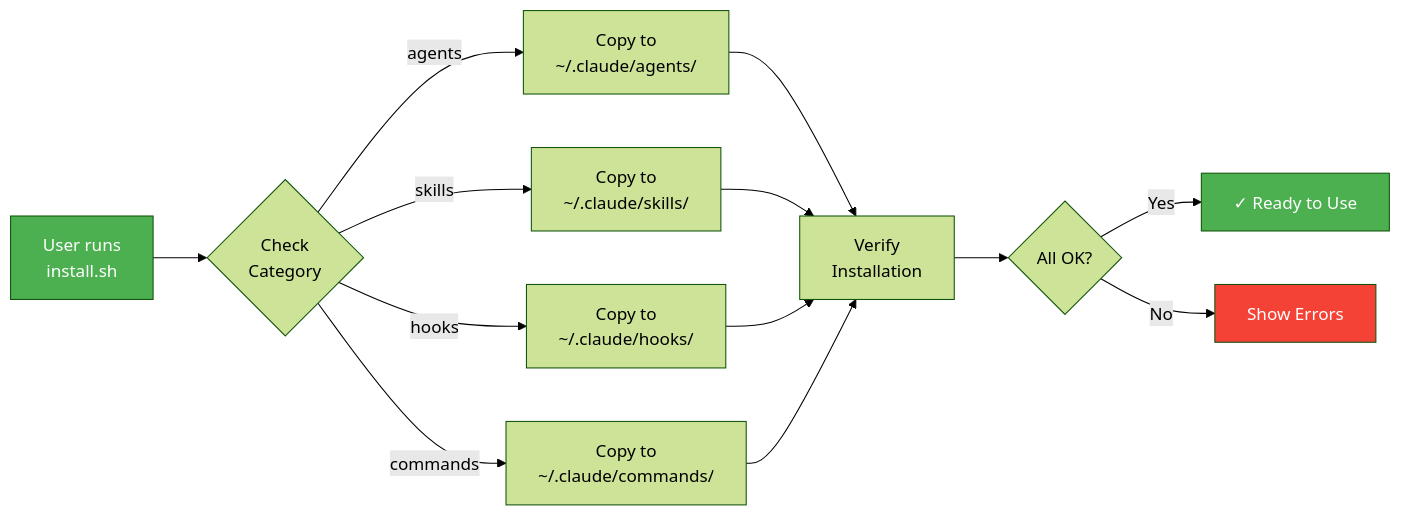
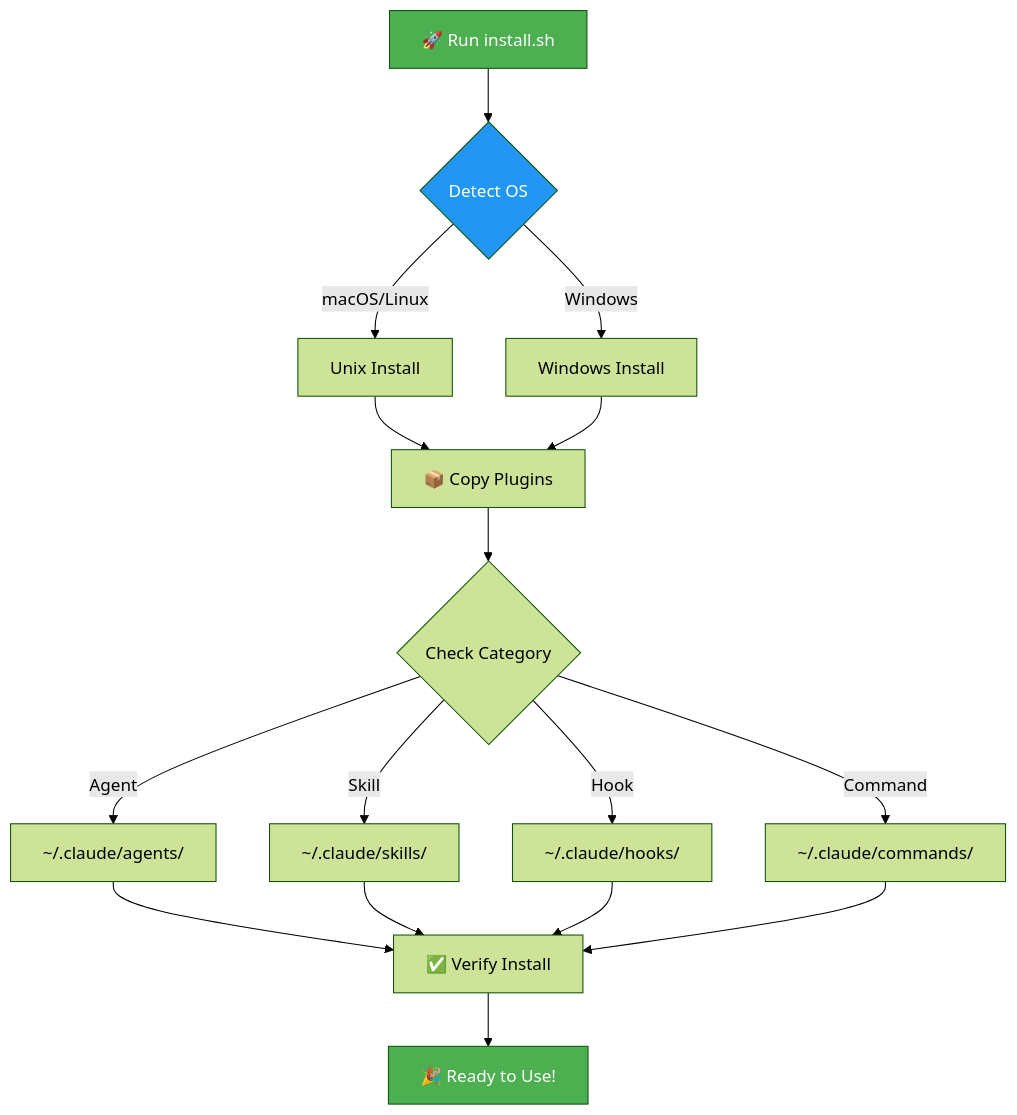
The second of 5 diagrams in README.md (a-ariff/ariff-claude-plugins), drawn with Mermaid (forest theme) before and after one commit. The commit also changed other lines of this file and 1 other file, not shown here.

````diff
--- a/README.md
+++ b/README.md
@@ -61,22 +111,28 @@
 ```mermaid
-flowchart LR
-    A[User runs<br/>install.sh] --> B{Check<br/>Category}
+flowchart TD
+    START[🚀 Run install.sh] --> CHECK{Detect OS}
 
-    B -->|agents| C[Copy to<br/>~/.claude/agents/]
-    B -->|skills| D[Copy to<br/>~/.claude/skills/]
-    B -->|hooks| E[Copy to<br/>~/.claude/hooks/]
-    B -->|commands| F[Copy to<br/>~/.claude/commands/]
+    CHECK -->|macOS/Linux| UNIX[Unix Install]
+    CHECK -->|Windows| WIN[Windows Install]
 
-    C --> G[Verify<br/>Installation]
-    D --> G
-    E --> G
-    F --> G
+    UNIX --> COPY[📦 Copy Plugins]
+    WIN --> COPY
 
-    G --> H{All OK?}
-    H -->|Yes| I[✓ Ready to Use]
-    H -->|No| J[Show Errors]
+    COPY --> CAT{Check Category}
 
-    style A fill:#4CAF50,color:#fff
-    style I fill:#4CAF50,color:#fff
-    style J fill:#f44336,color:#fff
+    CAT -->|Agent| A[~/.claude/agents/]
+    CAT -->|Skill| S[~/.claude/skills/]
+    CAT -->|Hook| H[~/.claude/hooks/]
+    CAT -->|Command| C[~/.claude/commands/]
+
+    A --> VERIFY[✅ Verify Install]
+    S --> VERIFY
+    H --> VERIFY
+    C --> VERIFY
+
+    VERIFY --> SUCCESS[🎉 Ready to Use!]
+
+    style START fill:#4CAF50,color:#fff
+    style SUCCESS fill:#4CAF50,color:#fff
+    style CHECK fill:#2196F3,color:#fff
 ```
````
